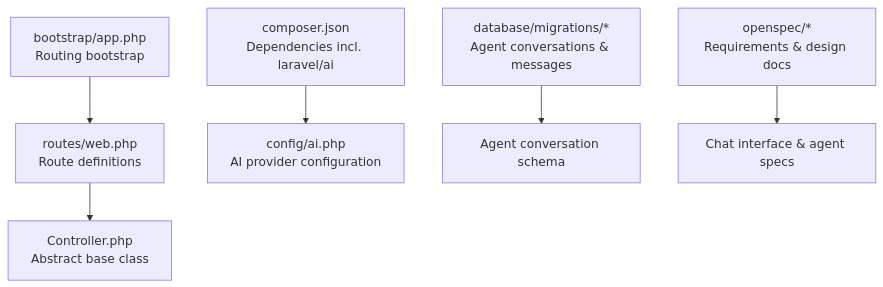
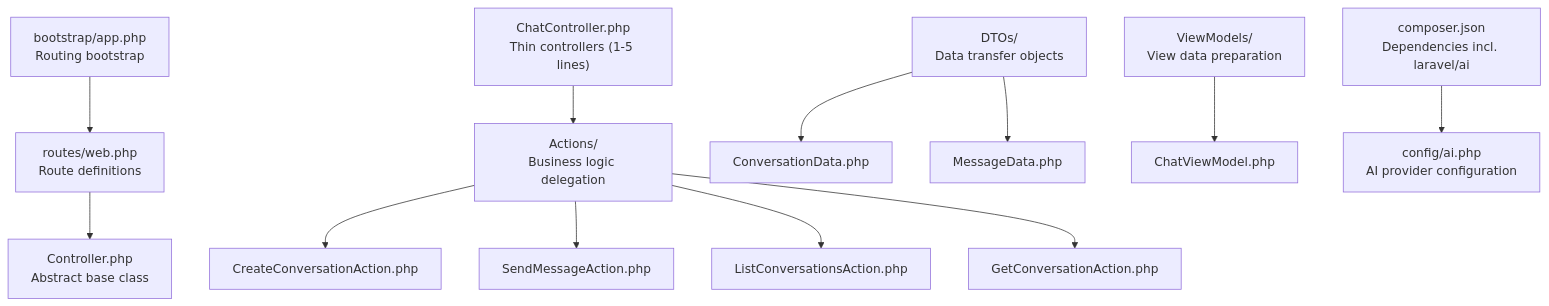
The first of 3 diagrams in .qoder/repowiki/en/content/Laravel Application Components/Controllers.md (siimliimand/laravel-assistant), drawn with Mermaid before and after one commit. The commit also changed other lines of this file and 12 other files, not shown here.

First line of the commit message:
docs(ai): add architectural and actions layer specifications

````diff
--- a/.qoder/repowiki/en/content/Laravel Application Components/Controllers.md
+++ b/.qoder/repowiki/en/content/Laravel Application Components/Controllers.md
@@ -37,8 +60,14 @@
 ```mermaid
 graph TB
 A["bootstrap/app.php<br/>Routing bootstrap"] --> B["routes/web.php<br/>Route definitions"]
 B --> C["Controller.php<br/>Abstract base class"]
-D["composer.json<br/>Dependencies incl. laravel/ai"] --> E["config/ai.php<br/>AI provider configuration"]
-F["database/migrations/*<br/>Agent conversations & messages"] --> G["Agent conversation schema"]
-H["openspec/*<br/>Requirements & design docs"] --> I["Chat interface & agent specs"]
+D["ChatController.php<br/>Thin controllers (1-5 lines)"] --> E["Actions/<br/>Business logic delegation"]
+E --> F["CreateConversationAction.php"]
+E --> G["SendMessageAction.php"]
+E --> H["ListConversationsAction.php"]
+E --> I["GetConversationAction.php"]
+J["DTOs/<br/>Data transfer objects"] --> K["ConversationData.php"]
+J --> L["MessageData.php"]
+M["ViewModels/<br/>View data preparation"] --> N["ChatViewModel.php"]
+O["composer.json<br/>Dependencies incl. laravel/ai"] --> P["config/ai.php<br/>AI provider configuration"]
 ```
````
